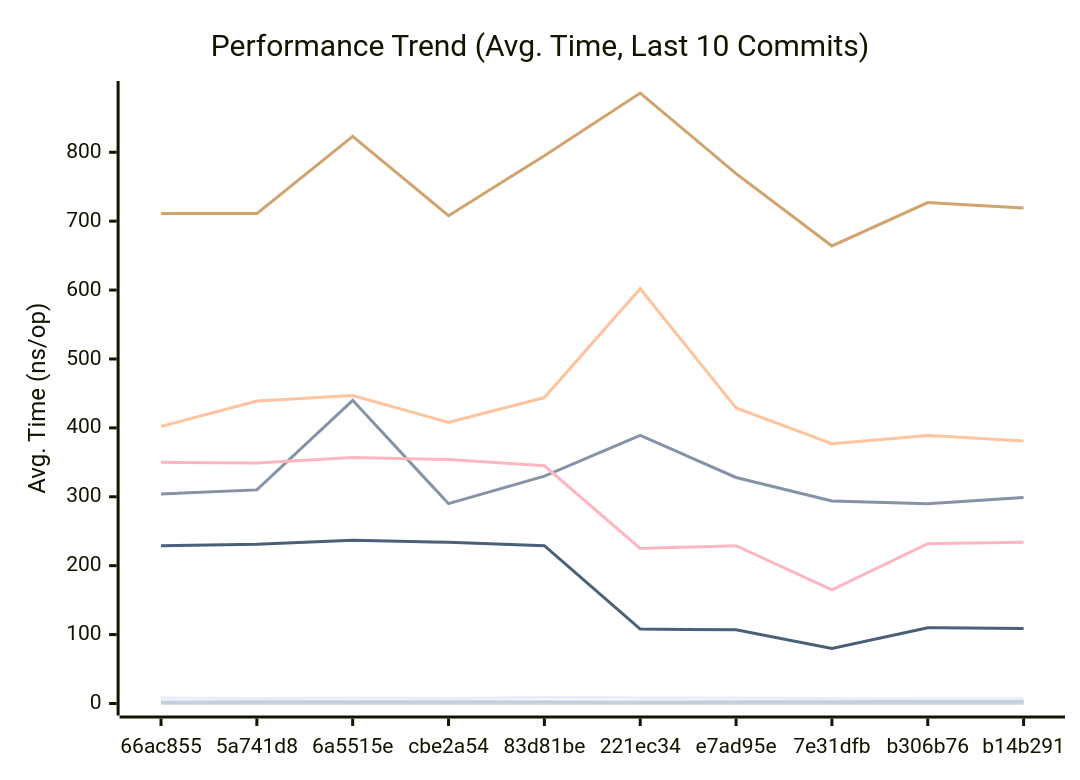
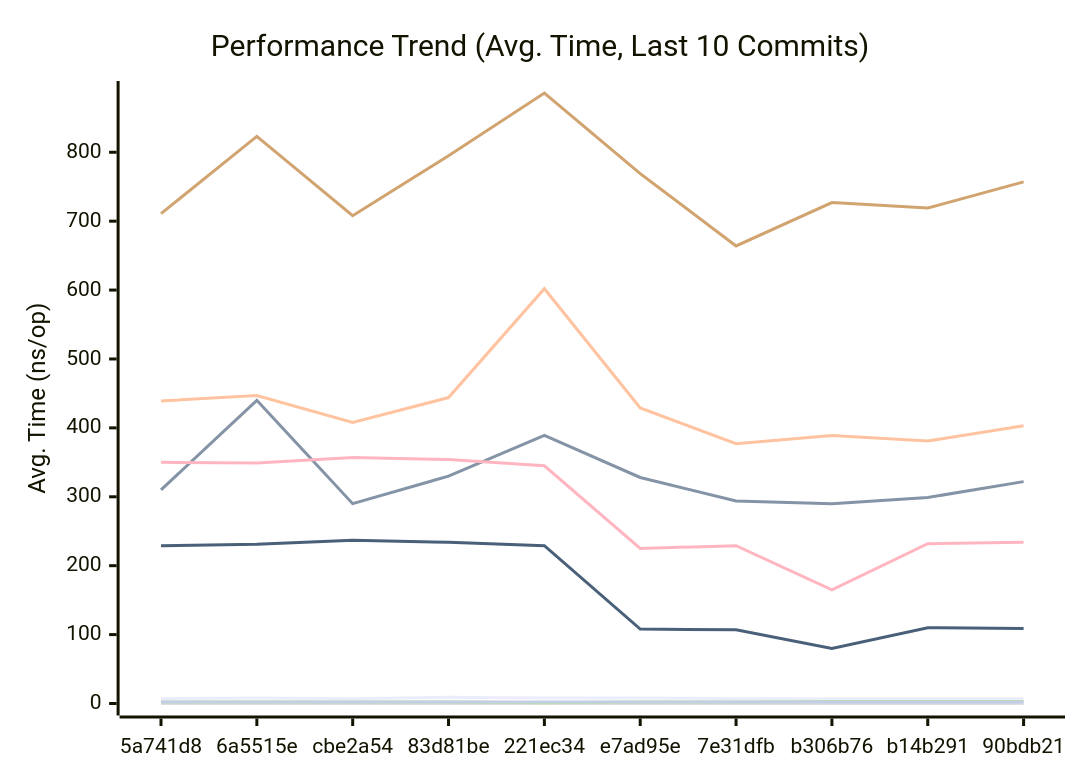
The first of 3 diagrams in docs/PERFORMANCE.md (alsotoes/momo), drawn with Mermaid before and after one commit. The commit also changed other lines of this file and 2 other files, not shown here.

Commit message:
fix: check SendACK error in server handshake (#456)

````diff
--- a/docs/PERFORMANCE.md
+++ b/docs/PERFORMANCE.md
@@ -80,16 +80,16 @@
 ```mermaid
 xychart-beta
     title "Performance Trend (Avg. Time, Last 10 Commits)"
     x-axis "Commit"
     y-axis "Avg. Time (ns/op)"
-    x-axis [66ac855,5a741d8,6a5515e,cbe2a54,83d81be,221ec34,e7ad95e,7e31dfb,b306b76,b14b291]
-    line "CheckMetricsAndSwap" [8,7,8,7,9,8,8,7,7,7]
-    line "CrushOptimized" [304,310,440,290,330,389,328,294,290,299]
-    line "CrushOriginal" [402,439,447,408,444,602,429,377,389,381]
+    x-axis [5a741d8,6a5515e,cbe2a54,83d81be,221ec34,e7ad95e,7e31dfb,b306b76,b14b291,90bdb21]
+    line "CheckMetricsAndSwap" [7,8,7,9,8,8,7,7,7,7]
+    line "CrushOptimized" [310,440,290,330,389,328,294,290,299,322]
+    line "CrushOriginal" [439,447,408,444,602,429,377,389,381,403]
     line "IndexDirectTracking" [0,0,0,0,0,0,0,0,0,0]
-    line "IndexSearch" [1,2,2,2,2,1,2,2,3,3]
-    line "LoadGlobalConfig" [711,711,823,708,795,886,769,664,727,719]
+    line "IndexSearch" [2,2,2,2,1,2,2,3,3,3]
+    line "LoadGlobalConfig" [711,823,708,795,886,769,664,727,719,757]
     line "PadString" [2,2,2,2,2,2,2,2,2,2]
     line "ParseReplicationOrder_NoPrealloc" [350,349,357,354,345,225,229,165,232,234]
     line "ParseReplicationOrder_Prealloc" [229,231,237,234,229,108,107,80,110,109]
 ```
````
